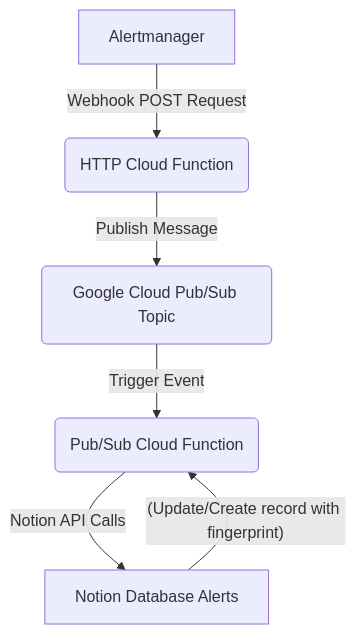
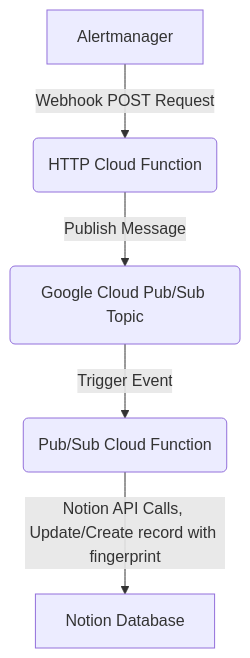
The diagram in docs/diagrams/main_flow.mmd (cthtuf/alertmanager-to-notion), drawn with Mermaid before and after one commit. The commit also changed 2 other files, not shown here.

Commit message:
Update README. Update main flow diagram

```diff
--- a/docs/diagrams/main_flow.mmd
+++ b/docs/diagrams/main_flow.mmd
@@ -1,6 +1,5 @@
 graph TD
     A[Alertmanager] -->|Webhook POST Request| B(HTTP Cloud Function);
     B -->|Publish Message| C(Google Cloud Pub/Sub Topic);
     C -->|Trigger Event| D(Pub/Sub Cloud Function);
-    D -->|Notion API Calls| E[Notion Database Alerts];
-    E -- (Update/Create record with fingerprint) --> D;
+    D -->|Notion API Calls, Update/Create record with fingerprint| E[Notion Database];
```
